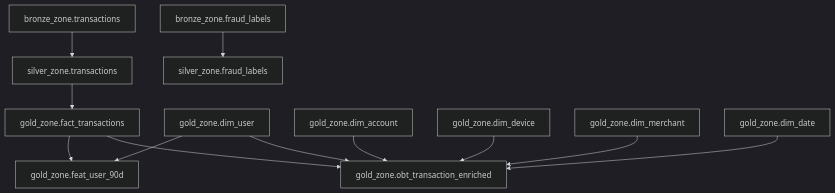
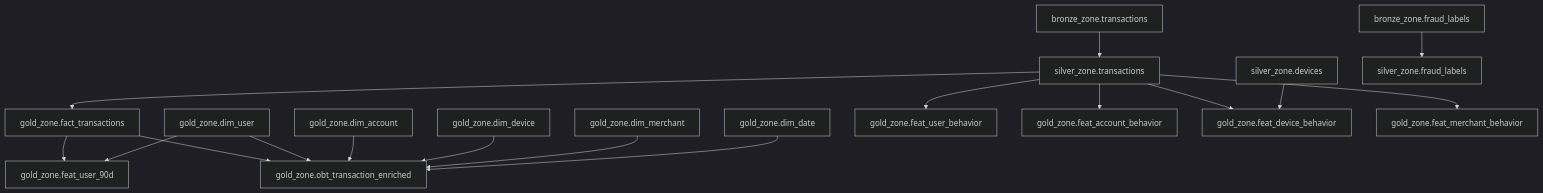
The second of 2 diagrams in docs/08_datahub_lineage.md (HuyyGiaa/ewallet-data-ai-platform), drawn with Mermaid (dark theme) before and after one commit. The commit also changed other lines of this file and 27 other files, not shown here.

````diff
--- a/docs/08_datahub_lineage.md
+++ b/docs/08_datahub_lineage.md
@@ -117,14 +118,19 @@
 ```mermaid
 flowchart TD
     B["bronze_zone.transactions"] --> S["silver_zone.transactions"]
     S --> F["gold_zone.fact_transactions"]
     F --> O["gold_zone.obt_transaction_enriched"]
     DU["gold_zone.dim_user"] --> O
     DA["gold_zone.dim_account"] --> O
     DD["gold_zone.dim_device"] --> O
     DM["gold_zone.dim_merchant"] --> O
     DT["gold_zone.dim_date"] --> O
     F --> FEAT["gold_zone.feat_user_90d"]
     DU --> FEAT
+    S --> FU["gold_zone.feat_user_behavior"]
+    S --> FA["gold_zone.feat_account_behavior"]
+    S --> FD["gold_zone.feat_device_behavior"]
+    SD["silver_zone.devices"] --> FD
+    S --> FM["gold_zone.feat_merchant_behavior"]
     BF["bronze_zone.fraud_labels"] --> SF["silver_zone.fraud_labels"]
 ```
````
